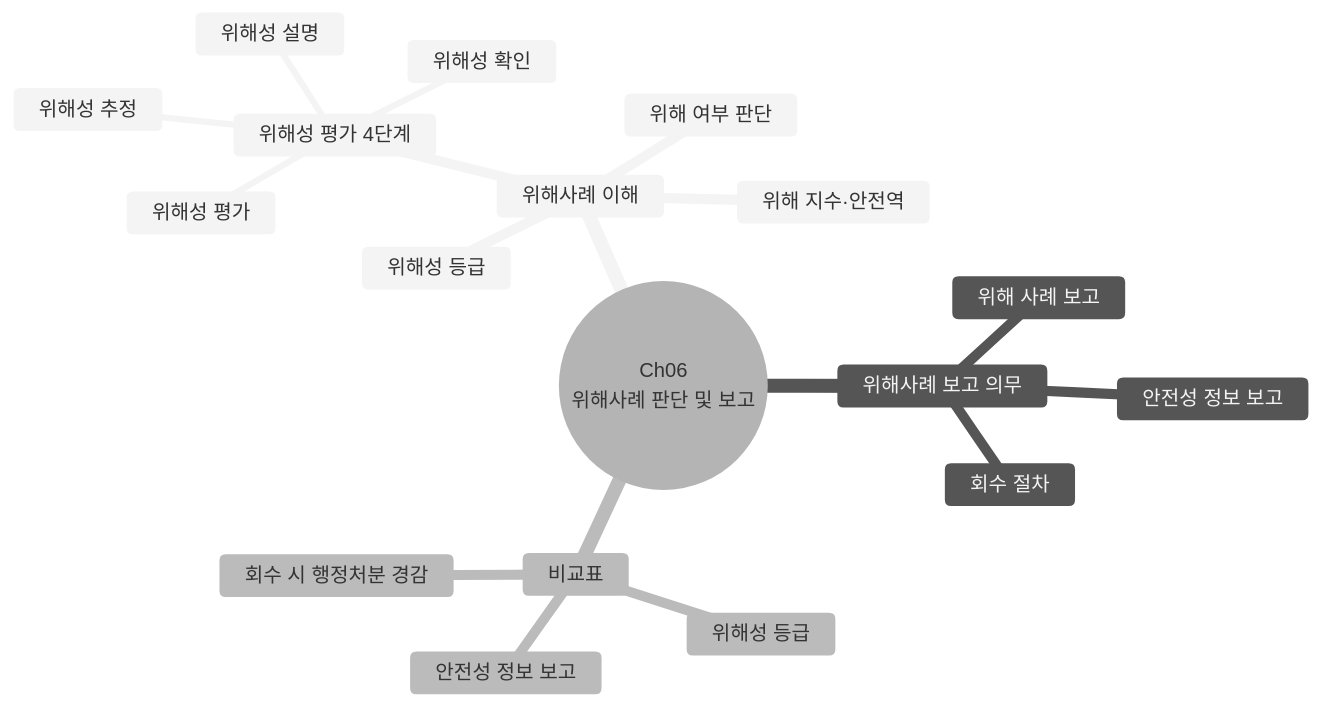
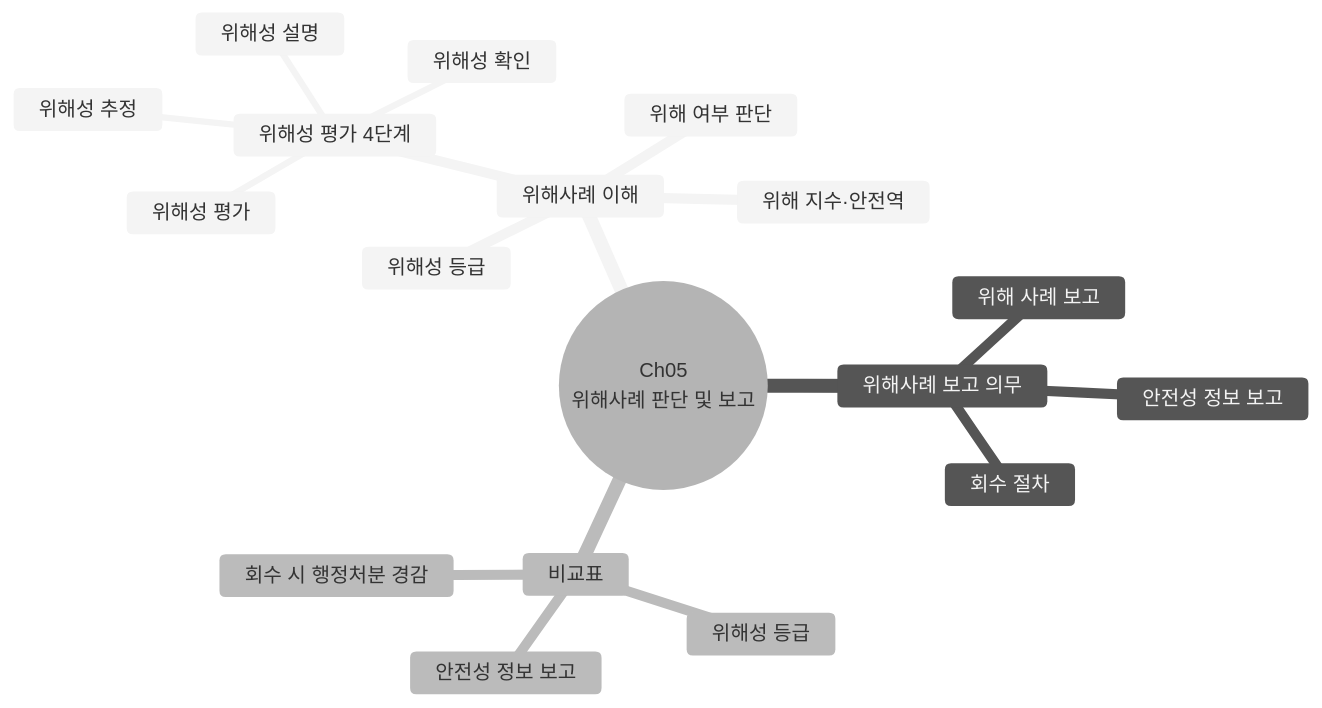
Before and after one commit to skygoldlee-cyber/Personalized_Skincare: the seventh of 21 diagrams in content/교재/manufacturing/2과목_제조및품질관리_표준형.md, drawn with Mermaid (neutral theme). The commit also changed other lines of this file and 15 other files, not shown here.

````diff
--- a/content/교재/manufacturing/2과목_제조및품질관리_표준형.md
+++ b/content/교재/manufacturing/2과목_제조및품질관리_표준형.md
@@ -325,21 +325,21 @@
 ```mermaid
 mindmap
- root((Ch06<br/>위해사례 판단 및 보고))
+ root((Ch05<br/>위해사례 판단 및 보고))
   위해사례 이해
    위해 여부 판단
    위해성 평가 4단계
     위해성 확인
     위해성 설명
     위해성 추정
     위해성 평가
    위해 지수·안전역
    위해성 등급
   위해사례 보고 의무
    위해 사례 보고
    안전성 정보 보고
    회수 절차
   비교표
    위해성 등급
    안전성 정보 보고
    회수 시 행정처분 경감
 ```
````
